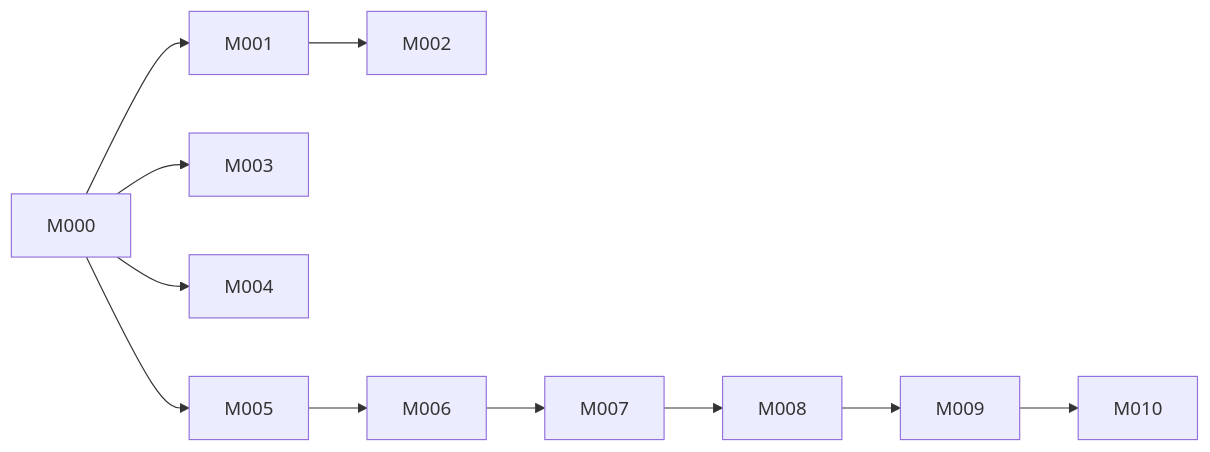
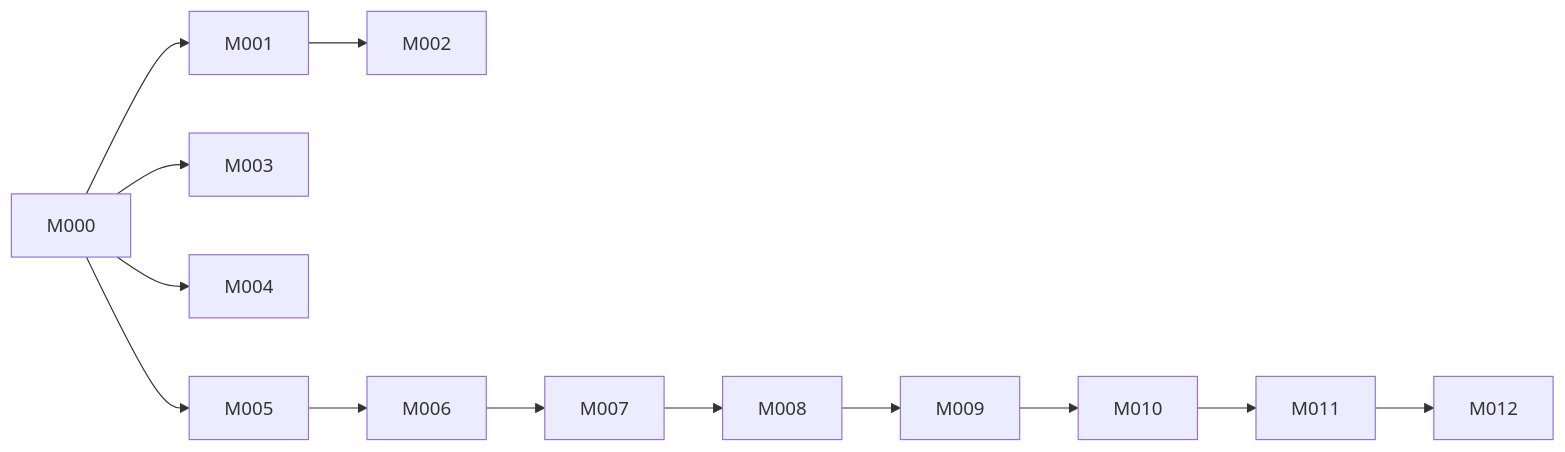
The diagram in .factory/planning/milestones.md (eskobar95/mercflow), drawn with Mermaid before and after one commit. The commit also changed other lines of this file and 2 other files, not shown here.

````diff
--- a/.factory/planning/milestones.md
+++ b/.factory/planning/milestones.md
@@ -365,13 +411,15 @@
 ```mermaid
 flowchart LR
   M000 --> M001
   M000 --> M003
   M000 --> M004
   M000 --> M005
   M001 --> M002
   M005 --> M006
   M006 --> M007
   M007 --> M008
   M008 --> M009
   M009 --> M010
+  M010 --> M011
+  M011 --> M012
 ```
````
